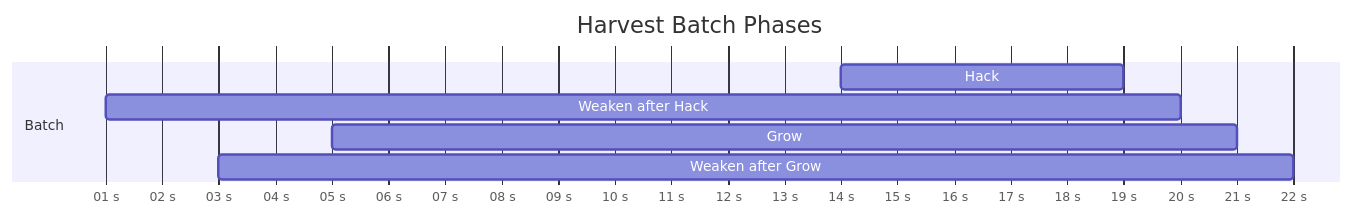
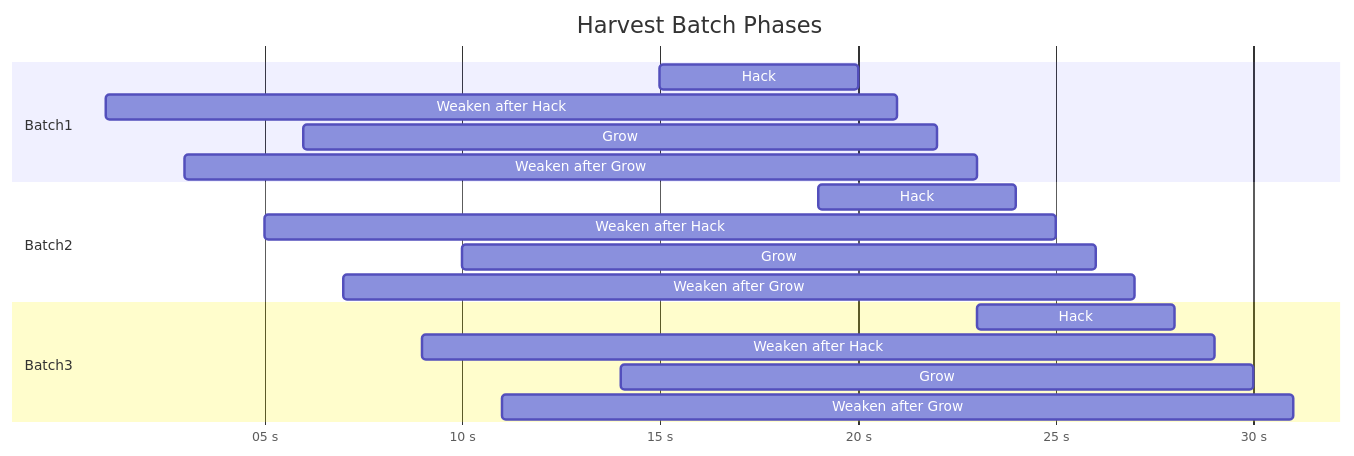
Before and after one commit to RadicalZephyr/bitburner-scripts: the diagram in docs/harvest-timing-diagram.md, drawn with Mermaid.

Commit message:
[docs] Add multiple batches to the harvest timing diagram

````diff
--- a/docs/harvest-timing-diagram.md
+++ b/docs/harvest-timing-diagram.md
@@ -5,12 +5,24 @@
 ```mermaid
 gantt
 title Harvest Batch Phases
 dateFormat s
 axisFormat %S s
 
-section Batch
-Hack                 :hack, 14, 19
-Weaken after Hack    :w1, 1, 20
-Grow                 :grow, 5, 21
-Weaken after Grow    :w2, 3, 22
+section Batch1
+Hack                 :hack, 15, 20
+Weaken after Hack    :w1, 1, 21
+Grow                 :grow, 6, 22
+Weaken after Grow    :w2, 3, 23
+
+section Batch2
+Hack                 :hack, 19, 24
+Weaken after Hack    :w1, 5, 25
+Grow                 :grow, 10, 26
+Weaken after Grow    :w2, 7, 27
+
+section Batch3
+Hack                 :hack, 23, 28
+Weaken after Hack    :w1, 9, 29
+Grow                 :grow, 14, 30
+Weaken after Grow    :w2, 11, 31
 ```
````
